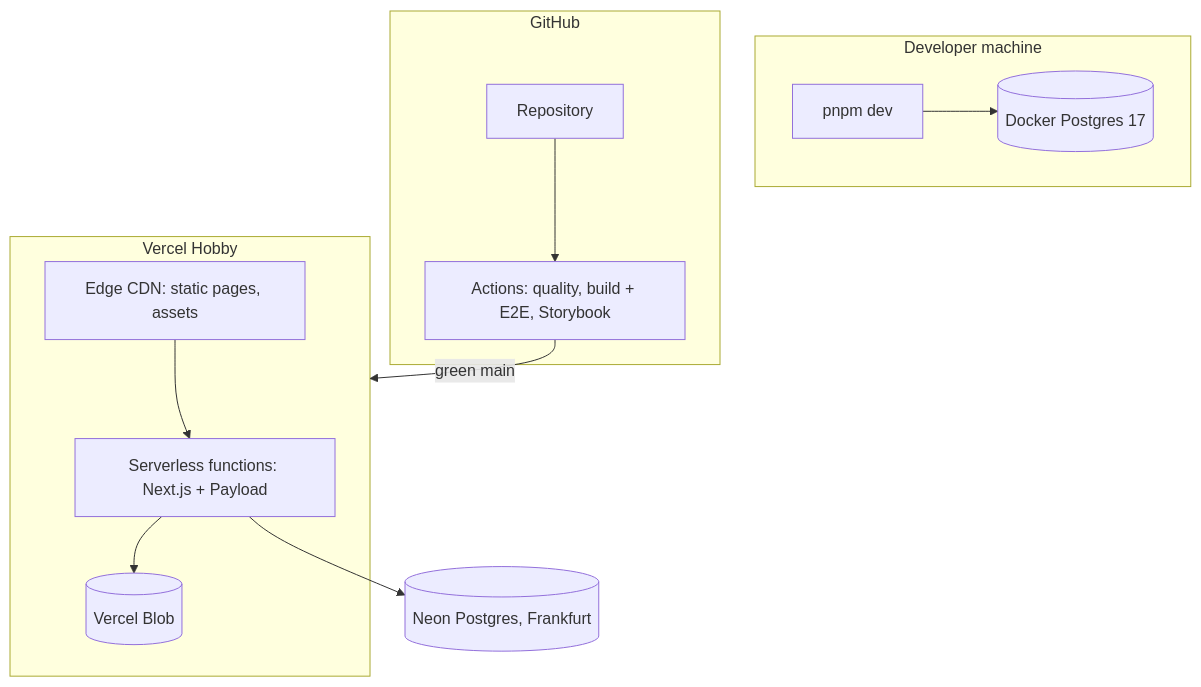
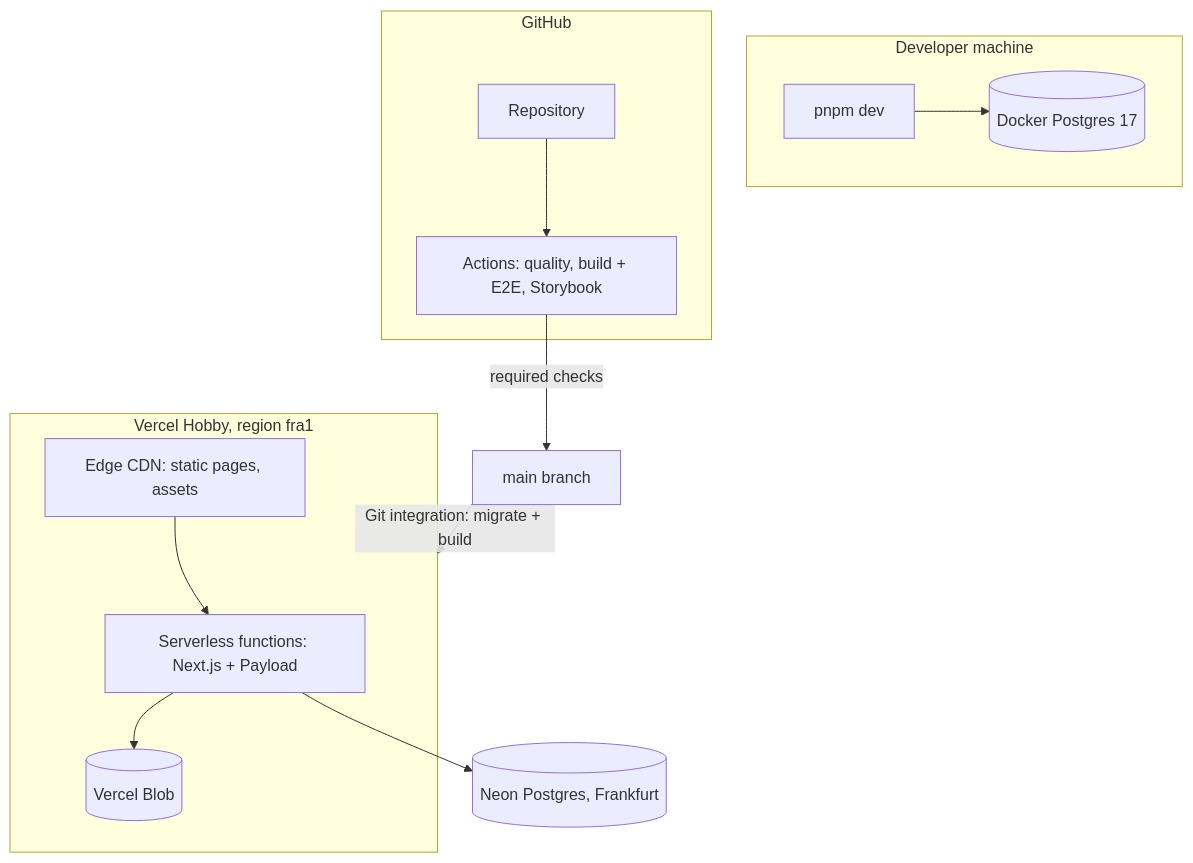
Before and after one commit to Saqibrafiq/erlangen-cricket-club: the diagram in docs/arc42/07-deployment-view.md, drawn with Mermaid. The commit also changed other lines of this file and 12 other files, not shown here.

First line of the commit message:
chore(deploy): configure Vercel production with Neon, migrations in the build and legal pages

````diff
--- a/docs/arc42/07-deployment-view.md
+++ b/docs/arc42/07-deployment-view.md
@@ -3,25 +3,26 @@
 ```mermaid
 flowchart TB
   subgraph dev[Developer machine]
     next_local[pnpm dev]
     pg_local[(Docker Postgres 17)]
     next_local --> pg_local
   end
 
   subgraph gh[GitHub]
     repo[Repository] --> ci[Actions: quality, build + E2E, Storybook]
   end
 
-  subgraph vercel[Vercel Hobby]
+  subgraph vercel[Vercel Hobby, region fra1]
     fn[Serverless functions: Next.js + Payload]
     cdn[Edge CDN: static pages, assets]
     blob[(Vercel Blob)]
   end
 
   neon[(Neon Postgres, Frankfurt)]
 
-  ci -- "green main" --> vercel
+  ci -- "required checks" --> main[main branch]
+  main -- "Git integration: migrate + build" --> vercel
   fn --> neon
   fn --> blob
   cdn --> fn
 ```
````
